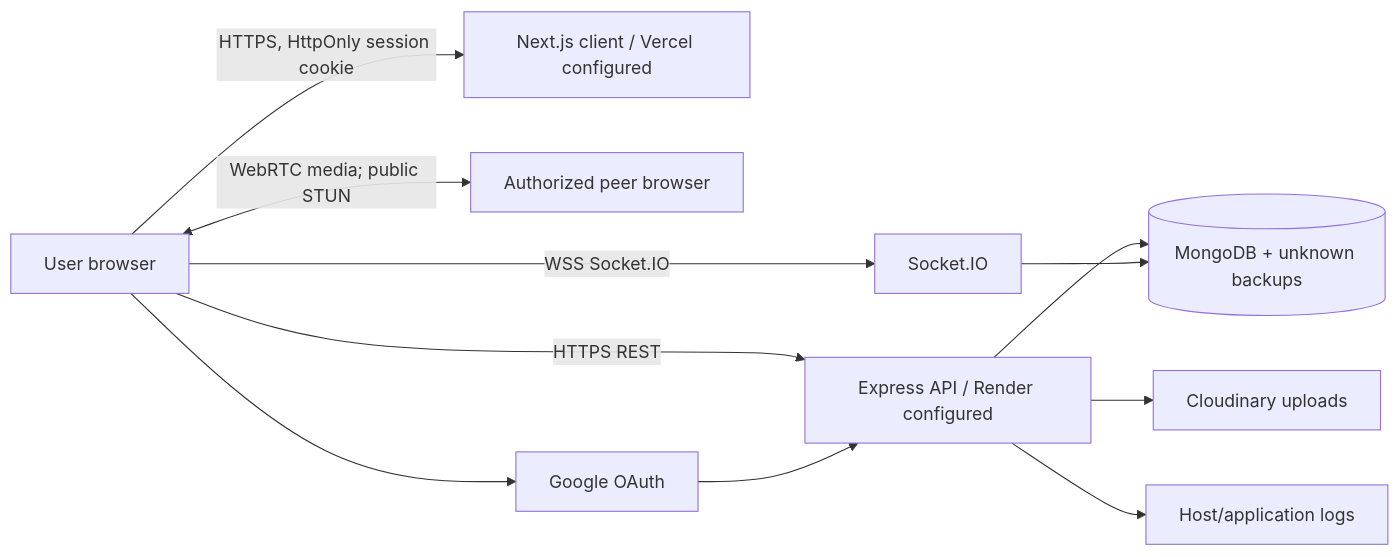
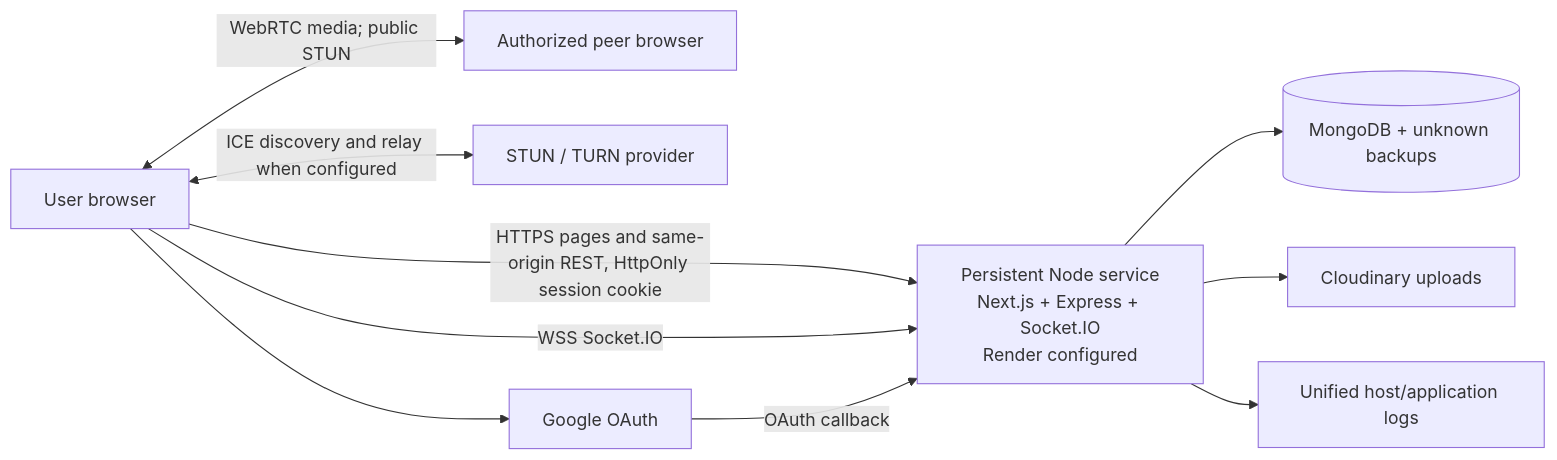
Before and after one commit to SahilSahu731/Curevo: the diagram in docs/governance/threat-model.md, drawn with Mermaid. The commit also changed other lines of this file and 405 other files, not shown here.

````diff
--- a/docs/governance/threat-model.md
+++ b/docs/governance/threat-model.md
@@ -5,13 +5,12 @@
 ```mermaid
 flowchart LR
-  U[User browser] -->|HTTPS, HttpOnly session cookie| N[Next.js client / Vercel configured]
-  U -->|HTTPS REST| E[Express API / Render configured]
-  U -->|WSS Socket.IO| S[Socket.IO]
+  U[User browser] -->|HTTPS pages and same-origin REST, HttpOnly session cookie| W[Persistent Node service<br/>Next.js + Express + Socket.IO<br/>Render configured]
+  U -->|WSS Socket.IO| W
   U <-->|WebRTC media; public STUN| P[Authorized peer browser]
-  E --> M[(MongoDB + unknown backups)]
-  E --> C[Cloudinary uploads]
+  U <-->|ICE discovery and relay when configured| T[STUN / TURN provider]
+  W --> M[(MongoDB + unknown backups)]
+  W --> C[Cloudinary uploads]
   U --> G[Google OAuth]
-  G --> E
-  E --> L[Host/application logs]
-  S --> M
+  G -->|OAuth callback| W
+  W --> L[Unified host/application logs]
 ```
````
